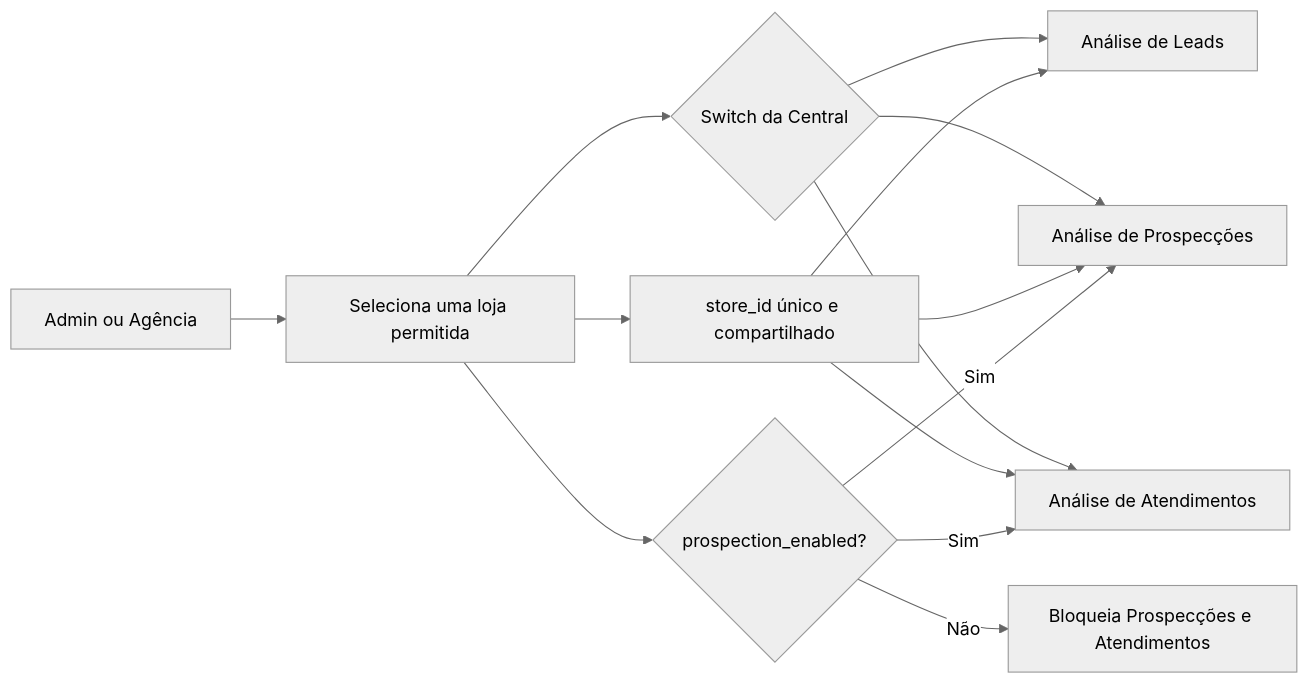
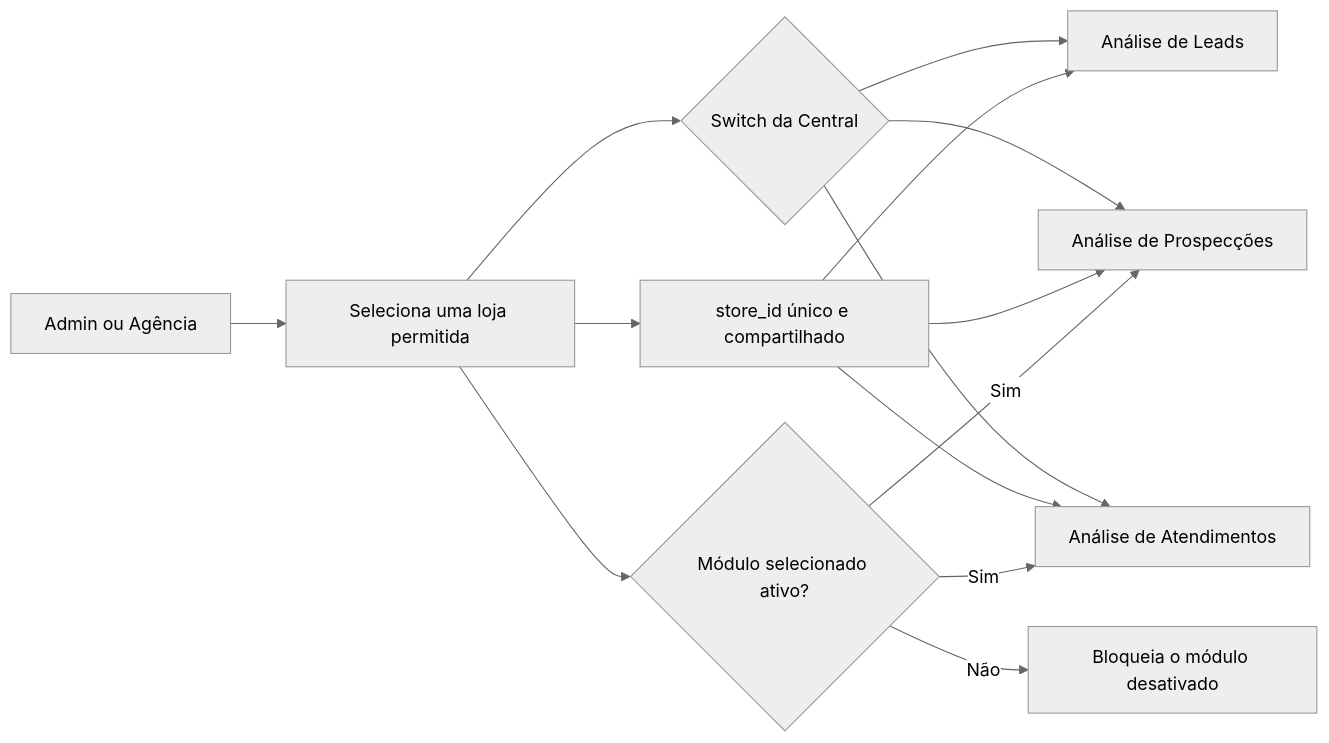
One commit to Jmxxp/lead-control- changed the fifth of 6 diagrams in docs/DOCUMENTACAO_COMPLETA_PROJETO.md. Above: the diagram before and after it, drawn with Mermaid (neutral theme). The commit also changed other lines of this file and 9 other files, not shown here.

````diff
--- a/docs/DOCUMENTACAO_COMPLETA_PROJETO.md
+++ b/docs/DOCUMENTACAO_COMPLETA_PROJETO.md
@@ -382,16 +393,16 @@
 ```mermaid
 flowchart LR
     USER[Admin ou Agência] --> STORE[Seleciona uma loja permitida]
     STORE --> SWITCH{Switch da Central}
-    STORE --> LICENSE{prospection_enabled?}
+    STORE --> LICENSE{Módulo selecionado ativo?}
     SWITCH --> LEADS[Análise de Leads]
     SWITCH --> PROS[Análise de Prospecções]
     SWITCH --> ATT[Análise de Atendimentos]
     STORE --> SCOPE[store_id único e compartilhado]
     SCOPE --> LEADS
     SCOPE --> PROS
     SCOPE --> ATT
-    LICENSE -->|Não| LOCK[Bloqueia Prospecções e Atendimentos]
+    LICENSE -->|Não| LOCK[Bloqueia o módulo desativado]
     LICENSE -->|Sim| PROS
     LICENSE -->|Sim| ATT
 ```
````
